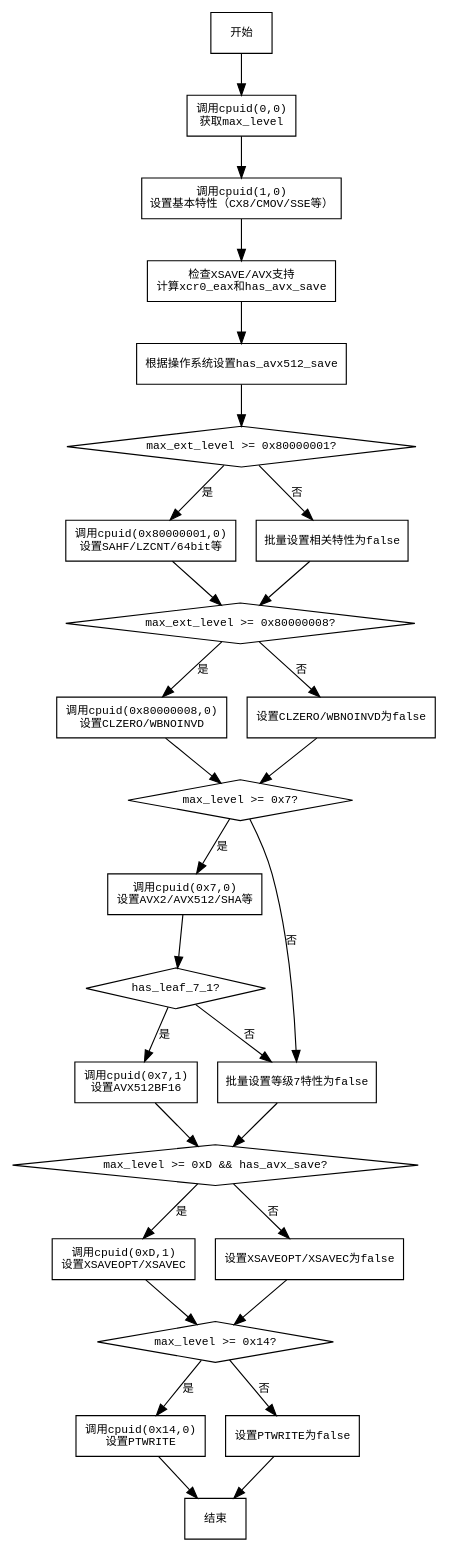
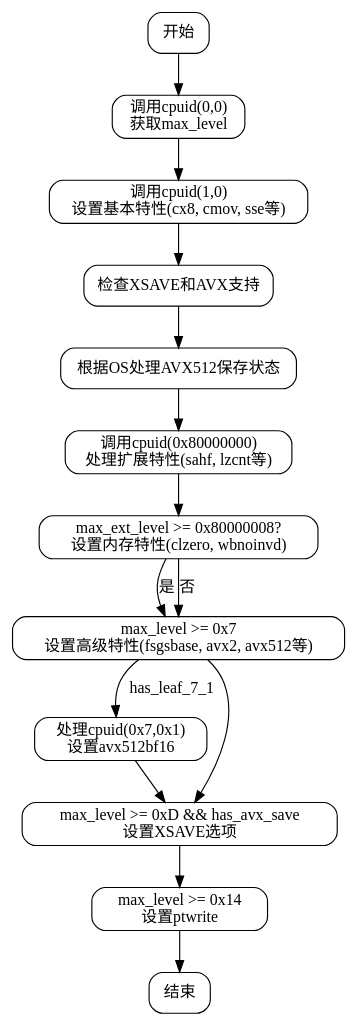
Before and after one commit to sdzx-1/deepseek-zig-reader: the diagram in dot_std/zig/system/x86.zig.detectNativeFeatures.md, drawn with Graphviz. The commit also changed other lines of this file and 236 other files, not shown here.

````diff
--- a/dot_std/zig/system/x86.zig.detectNativeFeatures.md
+++ b/dot_std/zig/system/x86.zig.detectNativeFeatures.md
@@ -35,73 +15,29 @@
 ```dot
-digraph flowchart {
-    node [shape=rectangle, fontname="Courier", fontsize=10];
-    edge [fontname="Courier", fontsize=10];
+digraph detectNativeFeatures {
+    node [shape=rectangle, style=rounded];
 
     start [label="开始"];
+    detect_basic [label="调用cpuid(0,0)\n获取max_level"];
+    detect_leaf1 [label="调用cpuid(1,0)\n设置基本特性(cx8, cmov, sse等)"];
+    check_xsave_avx [label="检查XSAVE和AVX支持"];
+    handle_avx512 [label="根据OS处理AVX512保存状态"];
+    detect_extended [label="调用cpuid(0x80000000)\n处理扩展特性(sahf, lzcnt等)"];
+    check_ext_level [label="max_ext_level >= 0x80000008?\n设置内存特性(clzero, wbnoinvd)"];
+    handle_level7 [label="max_level >= 0x7\n设置高级特性(fsgsbase, avx2, avx512等)"];
+    handle_leaf7_1 [label="处理cpuid(0x7,0x1)\n设置avx512bf16"];
+    handle_levelD [label="max_level >= 0xD && has_avx_save\n设置XSAVE选项"];
+    handle_level14 [label="max_level >= 0x14\n设置ptwrite"];
     end [label="结束"];
 
-    // 初始步骤
-    step1 [label="调用cpuid(0,0)\n获取max_level"];
-    step2 [label="调用cpuid(1,0)\n设置基本特性（CX8/CMOV/SSE等）"];
-    step3 [label="检查XSAVE/AVX支持\n计算xcr0_eax和has_avx_save"];
-    step4 [label="根据操作系统设置has_avx512_save"];
-
-    // 扩展级别0x80000000分支
-    cond_ext_level [label="max_ext_level >= 0x80000001?", shape=diamond];
-    step5 [label="调用cpuid(0x80000001,0)\n设置SAHF/LZCNT/64bit等"];
-    step5_else [label="批量设置相关特性为false"];
-
-    // 扩展级别0x80000008分支
-    cond_ext_level_8 [label="max_ext_level >= 0x80000008?", shape=diamond];
-    step6 [label="调用cpuid(0x80000008,0)\n设置CLZERO/WBNOINVD"];
-    step6_else [label="设置CLZERO/WBNOINVD为false"];
-
-    // 主级别7分支
-    cond_level_7 [label="max_level >= 0x7?", shape=diamond];
-    step7 [label="调用cpuid(0x7,0)\n设置AVX2/AVX512/SHA等"];
-    step7_subcond [label="has_leaf_7_1?", shape=diamond];
-    step7_sub [label="调用cpuid(0x7,1)\n设置AVX512BF16"];
-    step7_else [label="批量设置等级7特性为false"];
-
-    // 其他分支
-    cond_level_d [label="max_level >= 0xD && has_avx_save?", shape=diamond];
-    step8 [label="调用cpuid(0xD,1)\n设置XSAVEOPT/XSAVEC"];
-    step8_else [label="设置XSAVEOPT/XSAVEC为false"];
-
-    cond_level_14 [label="max_level >= 0x14?", shape=diamond];
-    step9 [label="调用cpuid(0x14,0)\n设置PTWRITE"];
-    step9_else [label="设置PTWRITE为false"];
-
-    // 连接节点
-    start -> step1 -> step2 -> step3 -> step4;
-    step4 -> cond_ext_level;
-
-    cond_ext_level -> step5 [label="是"];
-    cond_ext_level -> step5_else [label="否"];
-    step5 -> cond_ext_level_8;
-    step5_else -> cond_ext_level_8;
-
-    cond_ext_level_8 -> step6 [label="是"];
-    cond_ext_level_8 -> step6_else [label="否"];
-    step6 -> cond_level_7;
-    step6_else -> cond_level_7;
-
-    cond_level_7 -> step7 [label="是"];
-    cond_level_7 -> step7_else [label="否"];
-    step7 -> step7_subcond;
-    step7_subcond -> step7_sub [label="是"];
-    step7_subcond -> step7_else [label="否"];
-    step7_sub -> cond_level_d;
-    step7_else -> cond_level_d;
-
-    cond_level_d -> step8 [label="是"];
-    cond_level_d -> step8_else [label="否"];
-    step8 -> cond_level_14;
-    step8_else -> cond_level_14;
-
-    cond_level_14 -> step9 [label="是"];
-    cond_level_14 -> step9_else [label="否"];
-    step9 -> end;
-    step9_else -> end;
+    start -> detect_basic -> detect_leaf1 -> check_xsave_avx;
+    check_xsave_avx -> handle_avx512 -> detect_extended;
+    detect_extended -> check_ext_level;
+    check_ext_level -> handle_level7 [label="是"];
+    check_ext_level -> handle_level7 [label="否"];
+    handle_level7 -> handle_leaf7_1 [label="has_leaf_7_1"];
+    handle_level7 -> handle_levelD;
+    handle_leaf7_1 -> handle_levelD;
+    handle_levelD -> handle_level14;
+    handle_level14 -> end;
 }
 ```
````
